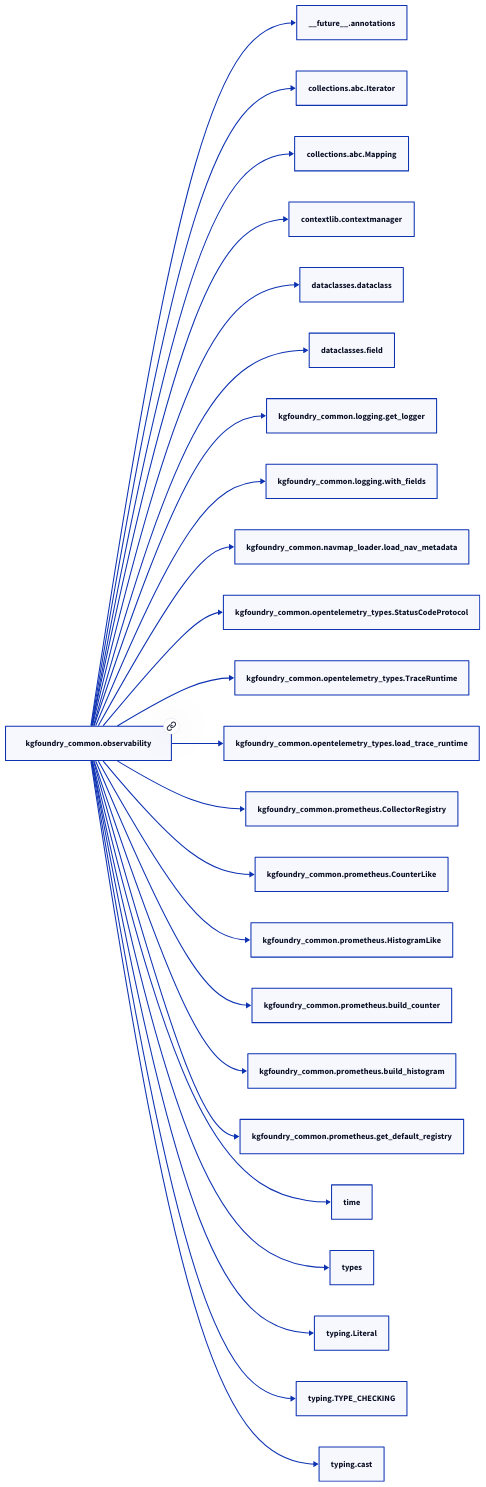
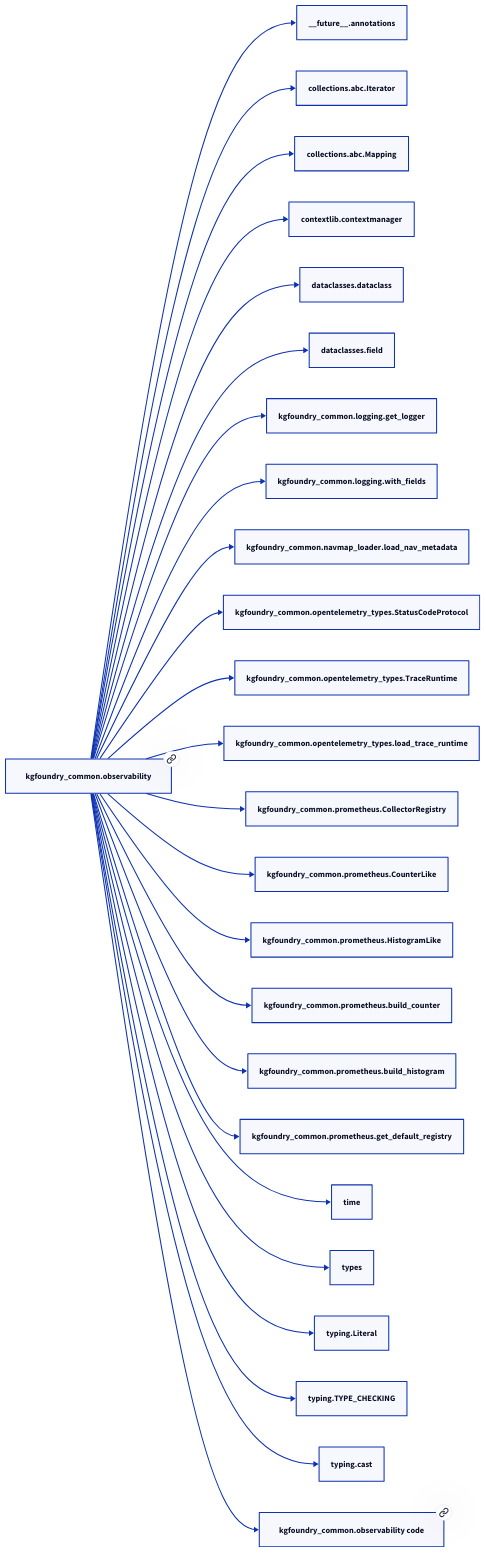
The second of 2 diagrams in docs/modules/kgfoundry_common/observability.md (paul-heyse/kgforge), drawn with D2 before and after one commit. The commit also changed other lines of this file and 319 other files, not shown here.

````diff
--- a/docs/modules/kgfoundry_common/observability.md
+++ b/docs/modules/kgfoundry_common/observability.md
@@ -77,50 +79,52 @@
 ```d2
 direction: right
-"kgfoundry_common.observability": "kgfoundry_common.observability" { link: "observability.md" }
+"kgfoundry_common.observability": "kgfoundry_common.observability" { link: "./kgfoundry_common/observability.md" }
 "__future__.annotations": "__future__.annotations"
 "kgfoundry_common.observability" -> "__future__.annotations"
 "collections.abc.Iterator": "collections.abc.Iterator"
 "kgfoundry_common.observability" -> "collections.abc.Iterator"
 "collections.abc.Mapping": "collections.abc.Mapping"
 "kgfoundry_common.observability" -> "collections.abc.Mapping"
 "contextlib.contextmanager": "contextlib.contextmanager"
 "kgfoundry_common.observability" -> "contextlib.contextmanager"
 "dataclasses.dataclass": "dataclasses.dataclass"
 "kgfoundry_common.observability" -> "dataclasses.dataclass"
 "dataclasses.field": "dataclasses.field"
 "kgfoundry_common.observability" -> "dataclasses.field"
 "kgfoundry_common.logging.get_logger": "kgfoundry_common.logging.get_logger"
 "kgfoundry_common.observability" -> "kgfoundry_common.logging.get_logger"
 "kgfoundry_common.logging.with_fields": "kgfoundry_common.logging.with_fields"
 "kgfoundry_common.observability" -> "kgfoundry_common.logging.with_fields"
 "kgfoundry_common.navmap_loader.load_nav_metadata": "kgfoundry_common.navmap_loader.load_nav_metadata"
 "kgfoundry_common.observability" -> "kgfoundry_common.navmap_loader.load_nav_metadata"
 "kgfoundry_common.opentelemetry_types.StatusCodeProtocol": "kgfoundry_common.opentelemetry_types.StatusCodeProtocol"
 "kgfoundry_common.observability" -> "kgfoundry_common.opentelemetry_types.StatusCodeProtocol"
 "kgfoundry_common.opentelemetry_types.TraceRuntime": "kgfoundry_common.opentelemetry_types.TraceRuntime"
 "kgfoundry_common.observability" -> "kgfoundry_common.opentelemetry_types.TraceRuntime"
 "kgfoundry_common.opentelemetry_types.load_trace_runtime": "kgfoundry_common.opentelemetry_types.load_trace_runtime"
 "kgfoundry_common.observability" -> "kgfoundry_common.opentelemetry_types.load_trace_runtime"
 "kgfoundry_common.prometheus.CollectorRegistry": "kgfoundry_common.prometheus.CollectorRegistry"
 "kgfoundry_common.observability" -> "kgfoundry_common.prometheus.CollectorRegistry"
 "kgfoundry_common.prometheus.CounterLike": "kgfoundry_common.prometheus.CounterLike"
 "kgfoundry_common.observability" -> "kgfoundry_common.prometheus.CounterLike"
 "kgfoundry_common.prometheus.HistogramLike": "kgfoundry_common.prometheus.HistogramLike"
 "kgfoundry_common.observability" -> "kgfoundry_common.prometheus.HistogramLike"
 "kgfoundry_common.prometheus.build_counter": "kgfoundry_common.prometheus.build_counter"
 "kgfoundry_common.observability" -> "kgfoundry_common.prometheus.build_counter"
 "kgfoundry_common.prometheus.build_histogram": "kgfoundry_common.prometheus.build_histogram"
 "kgfoundry_common.observability" -> "kgfoundry_common.prometheus.build_histogram"
 "kgfoundry_common.prometheus.get_default_registry": "kgfoundry_common.prometheus.get_default_registry"
 "kgfoundry_common.observability" -> "kgfoundry_common.prometheus.get_default_registry"
 "time": "time"
 "kgfoundry_common.observability" -> "time"
 "types": "types"
 "kgfoundry_common.observability" -> "types"
 "typing.Literal": "typing.Literal"
 "kgfoundry_common.observability" -> "typing.Literal"
 "typing.TYPE_CHECKING": "typing.TYPE_CHECKING"
 "kgfoundry_common.observability" -> "typing.TYPE_CHECKING"
 "typing.cast": "typing.cast"
 "kgfoundry_common.observability" -> "typing.cast"
+"kgfoundry_common.observability_code": "kgfoundry_common.observability code" { link: "https://github.com/kgfoundry/kgfoundry/blob/main/src/kgfoundry_common/observability.py" }
+"kgfoundry_common.observability" -> "kgfoundry_common.observability_code" { style: dashed }
 ```
````
